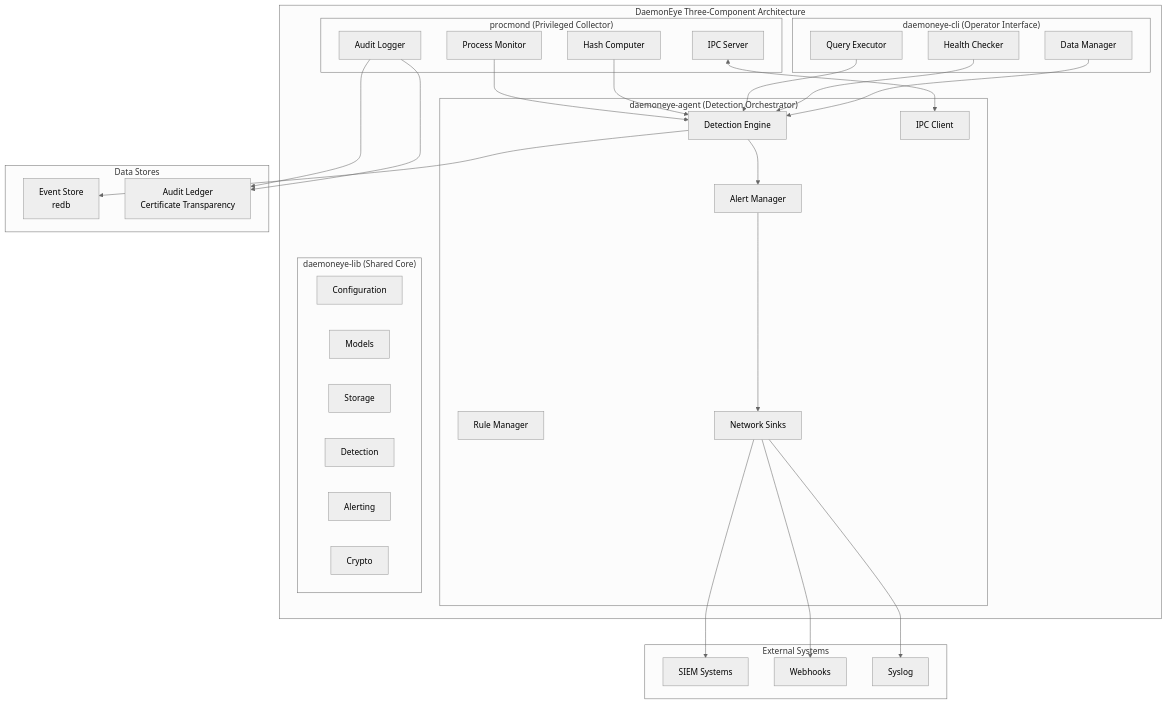
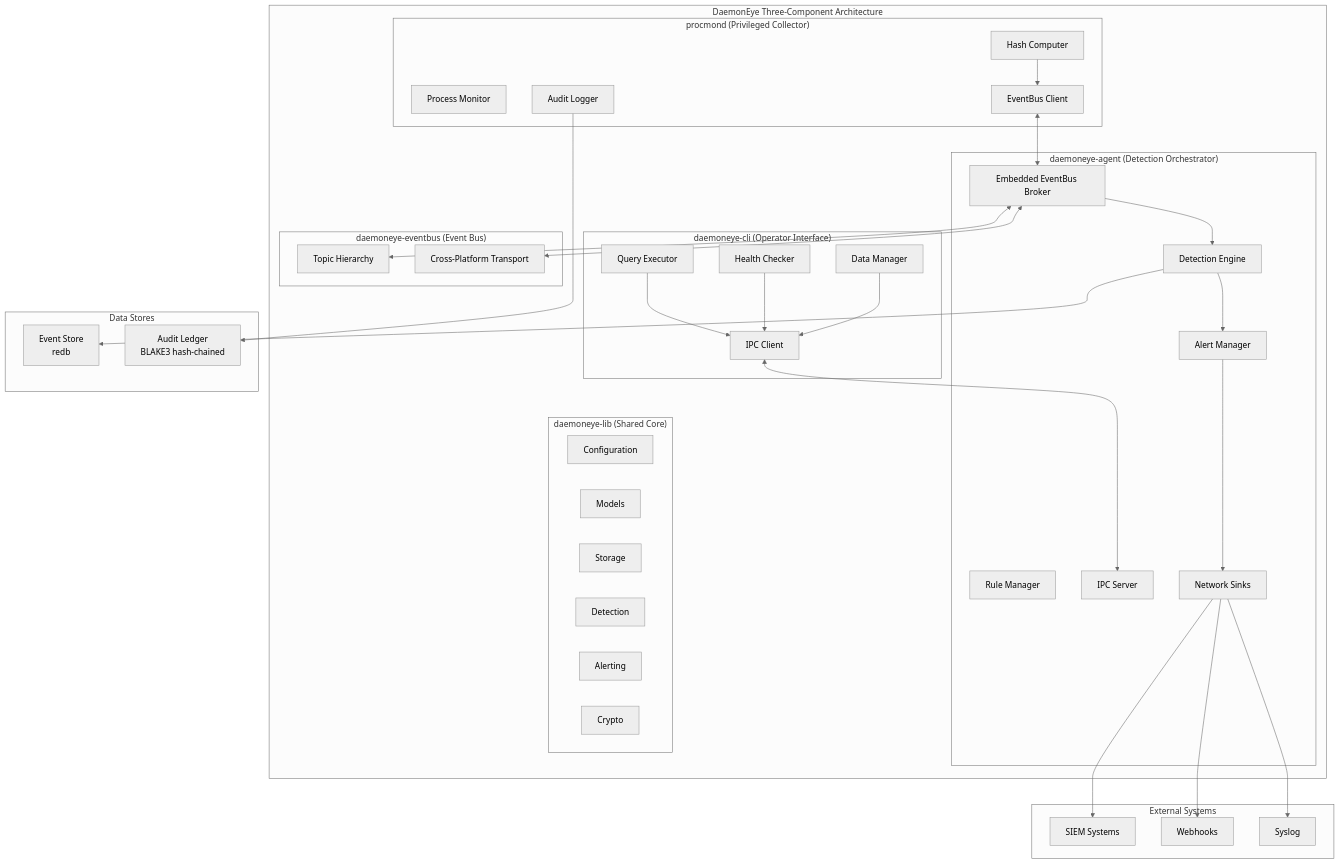
Before and after one commit to EvilBit-Labs/DaemonEye: the first of 4 diagrams in docs/src/architecture.md, drawn with Mermaid (neutral theme). The commit also changed other lines of this file and 79 other files, not shown here.

````diff
--- a/docs/src/architecture.md
+++ b/docs/src/architecture.md
@@ -9,60 +11,69 @@
 ```mermaid
 graph TB
     subgraph "DaemonEye Three-Component Architecture"
         subgraph "procmond (Privileged Collector)"
             PM[Process Monitor]
             HC[Hash Computer]
             AL[Audit Logger]
-            IPC1[IPC Server]
+            EB1[EventBus Client]
         end
 
         subgraph "daemoneye-agent (Detection Orchestrator)"
             DE[Detection Engine]
             AM[Alert Manager]
             RM[Rule Manager]
-            IPC2[IPC Client]
+            IPC2[IPC Server]
             NS[Network Sinks]
+            BROKER[Embedded EventBus Broker]
         end
 
         subgraph "daemoneye-cli (Operator Interface)"
             QE[Query Executor]
             HC2[Health Checker]
             DM[Data Manager]
+            IPC1[IPC Client]
         end
 
         subgraph "daemoneye-lib (Shared Core)"
             CFG[Configuration]
             MOD[Models]
             STO[Storage]
             DET[Detection]
             ALT[Alerting]
             CRY[Crypto]
         end
+
+        subgraph "daemoneye-eventbus (Event Bus)"
+            TOPICS[Topic Hierarchy]
+            TRANS[Cross-Platform Transport]
+        end
     end
 
     subgraph "Data Stores"
         ES[Event Store<br/>redb]
-        AL2[Audit Ledger<br/>Certificate Transparency]
+        AL2[Audit Ledger<br/>BLAKE3 hash-chained]
     end
 
     subgraph "External Systems"
         SIEM[SIEM Systems]
         WEBHOOK[Webhooks]
         SYSLOG[Syslog]
     end
 
-    PM --> DE
-    HC --> DE
+    EB1 <--> BROKER
+    BROKER <--> TOPICS
+    BROKER <--> TRANS
+    BROKER --> DE
+    HC --> EB1
     AL --> AL2
     IPC1 <--> IPC2
     DE --> AM
     AM --> NS
     NS --> SIEM
     NS --> WEBHOOK
     NS --> SYSLOG
-    QE --> DE
-    HC2 --> DE
-    DM --> DE
+    QE --> IPC1
+    HC2 --> IPC1
+    DM --> IPC1
     DE --> ES
-    AL --> AL2
 ```
````
